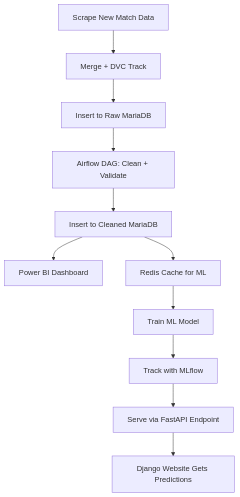
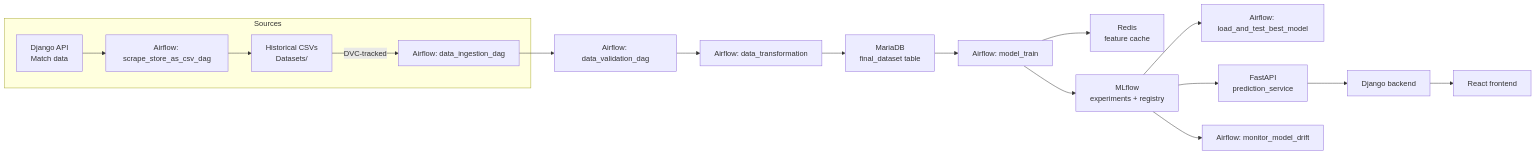
Before and after one commit to ToniBirat7/English_Premier_League_End_To_End_Project: the diagram in README.md, drawn with Mermaid. The commit also changed other lines of this file, not shown here.

First line of the commit message:
docs: rewrite README architecture

````diff
--- a/README.md
+++ b/README.md
@@ -84,13 +7,21 @@
 ```mermaid
-graph TD
-  A[Scrape New Match Data] --> B[Merge + DVC Track]
-  B --> C[Insert to Raw MariaDB]
-  C --> D[Airflow DAG: Clean + Validate]
-  D --> E[Insert to Cleaned MariaDB]
-  E --> F1[Power BI Dashboard]
-  E --> F2[Redis Cache for ML]
-  F2 --> G[Train ML Model]
-  G --> H[Track with MLflow]
-  H --> I[Serve via FastAPI Endpoint]
-  I --> J[Django Website Gets Predictions]
+flowchart LR
+  subgraph Sources
+    A[Historical CSVs<br/>Datasets/] -->|DVC-tracked| B[Airflow: data_ingestion_dag]
+    S[Django API<br/>Match data] --> T[Airflow: scrape_store_as_csv_dag]
+    T --> A
+  end
+
+  B --> C[Airflow: data_validation_dag]
+  C --> D[Airflow: data_transformation]
+  D --> E[MariaDB<br/>final_dataset table]
+  E --> F[Airflow: model_train]
+  F --> G[Redis<br/>feature cache]
+  F --> H[MLflow<br/>experiments + registry]
+  H --> I[Airflow: load_and_test_best_model]
+  H --> J[FastAPI<br/>prediction_service]
+  J --> K[Django backend]
+  K --> L[React frontend]
+
+  H --> M[Airflow: monitor_model_drift]
 ```
````
